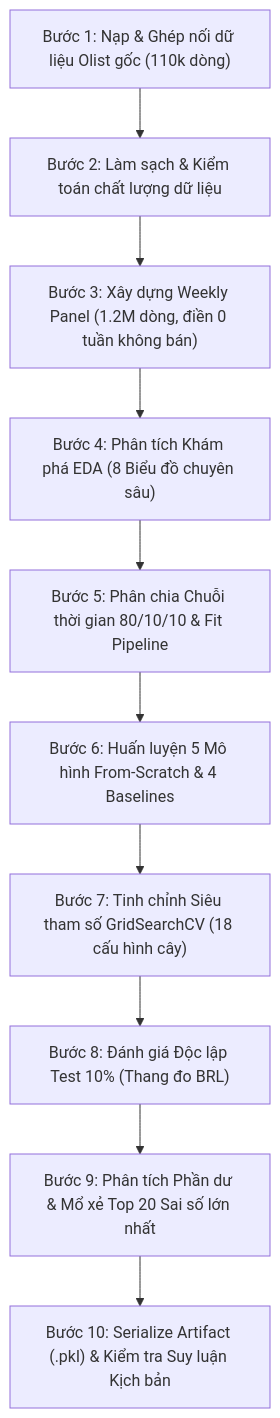
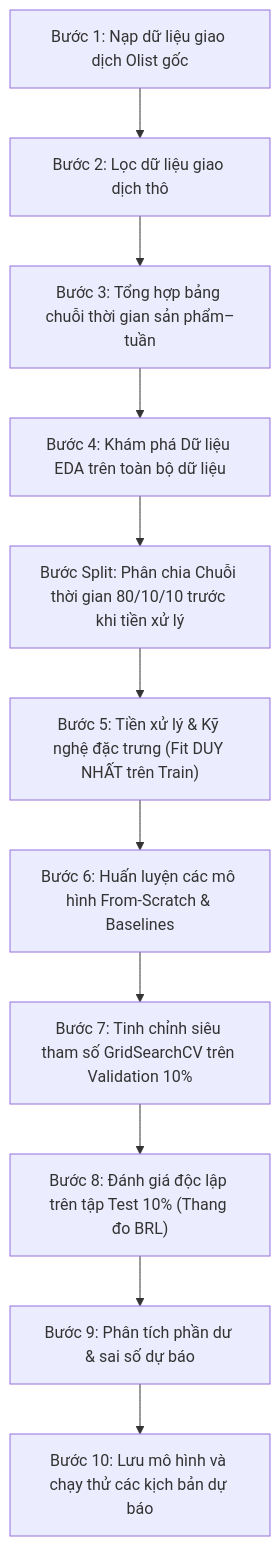
Before and after one commit to iamtien77/sales_predictor: the diagram in README.md, drawn with Mermaid. The commit also changed other lines of this file and 1 other file, not shown here.

Commit message:
docs(readme): cập nhật quy trình 10 bước, sửa lệnh kiểm thử và cấu trúc thư mục

````diff
--- a/README.md
+++ b/README.md
@@ -275,12 +254,13 @@
 ```mermaid
 flowchart TD
-    S1["Bước 1: Nạp & Ghép nối dữ liệu Olist gốc (110k dòng)"] --> S2["Bước 2: Làm sạch & Kiểm toán chất lượng dữ liệu"]
-    S2 --> S3["Bước 3: Xây dựng Weekly Panel (1.2M dòng, điền 0 tuần không bán)"]
-    S3 --> S4["Bước 4: Phân tích Khám phá EDA (8 Biểu đồ chuyên sâu)"]
-    S4 --> S5["Bước 5: Phân chia Chuỗi thời gian 80/10/10 & Fit Pipeline"]
-    S5 --> S6["Bước 6: Huấn luyện 5 Mô hình From-Scratch & 4 Baselines"]
-    S6 --> S7["Bước 7: Tinh chỉnh Siêu tham số GridSearchCV (18 cấu hình cây)"]
-    S7 --> S8["Bước 8: Đánh giá Độc lập Test 10% (Thang đo BRL)"]
-    S8 --> S9["Bước 9: Phân tích Phần dư & Mổ xẻ Top 20 Sai số lớn nhất"]
-    S9 --> S10["Bước 10: Serialize Artifact (.pkl) & Kiểm tra Suy luận Kịch bản"]
+    S1["Bước 1: Nạp dữ liệu giao dịch Olist gốc"] --> S2["Bước 2: Lọc dữ liệu giao dịch thô"]
+    S2 --> S3["Bước 3: Tổng hợp bảng chuỗi thời gian sản phẩm–tuần"]
+    S3 --> S4["Bước 4: Khám phá Dữ liệu EDA trên toàn bộ dữ liệu"]
+    S4 --> S_split["Bước Split: Phân chia Chuỗi thời gian 80/10/10 trước khi tiền xử lý"]
+    S_split --> S5["Bước 5: Tiền xử lý & Kỹ nghệ đặc trưng (Fit DUY NHẤT trên Train)"]
+    S5 --> S6["Bước 6: Huấn luyện các mô hình From-Scratch & Baselines"]
+    S6 --> S7["Bước 7: Tinh chỉnh siêu tham số GridSearchCV trên Validation 10%"]
+    S7 --> S8["Bước 8: Đánh giá độc lập trên tập Test 10% (Thang đo BRL)"]
+    S8 --> S9["Bước 9: Phân tích phần dư & sai số dự báo"]
+    S9 --> S10["Bước 10: Lưu mô hình và chạy thử các kịch bản dự báo"]
 ```
````
